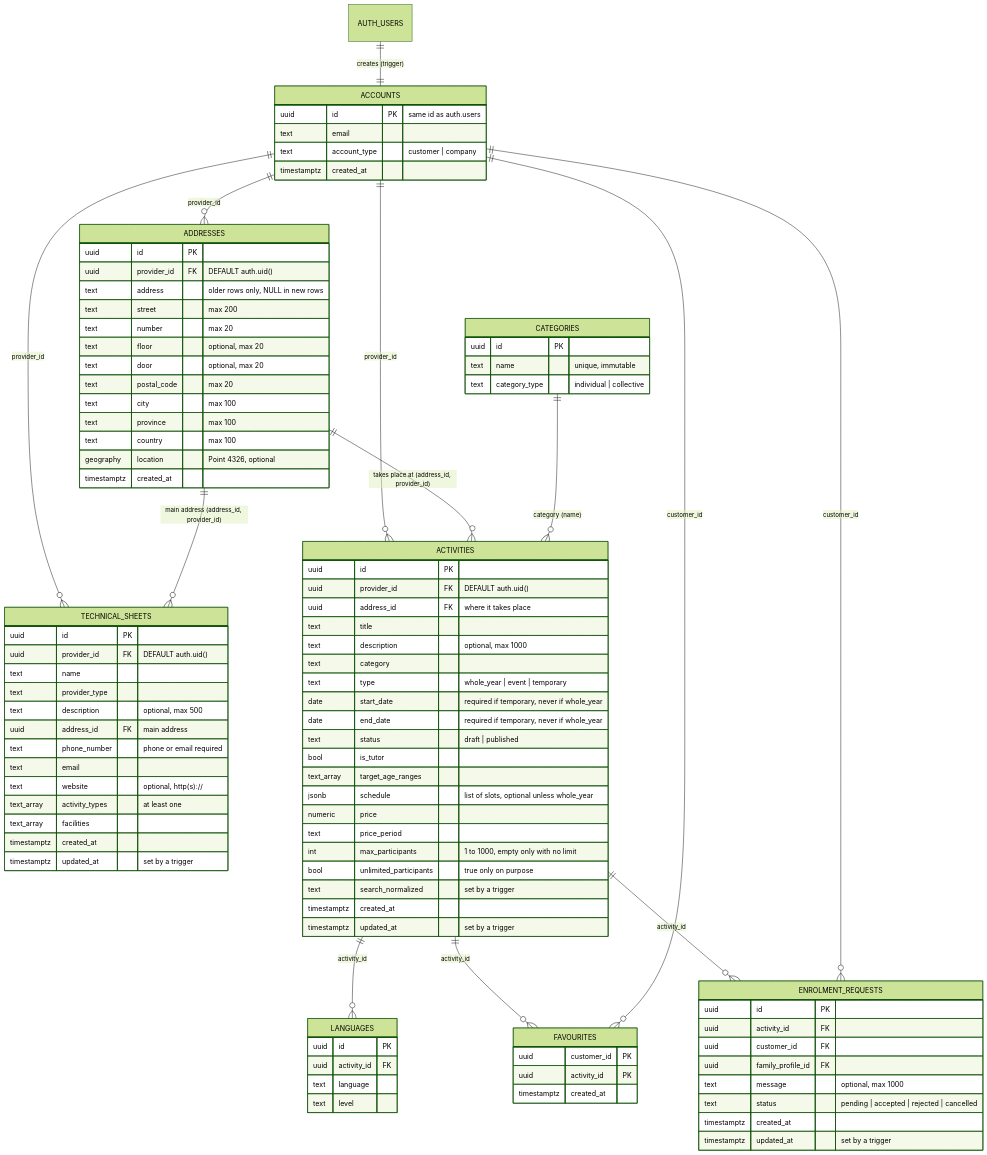
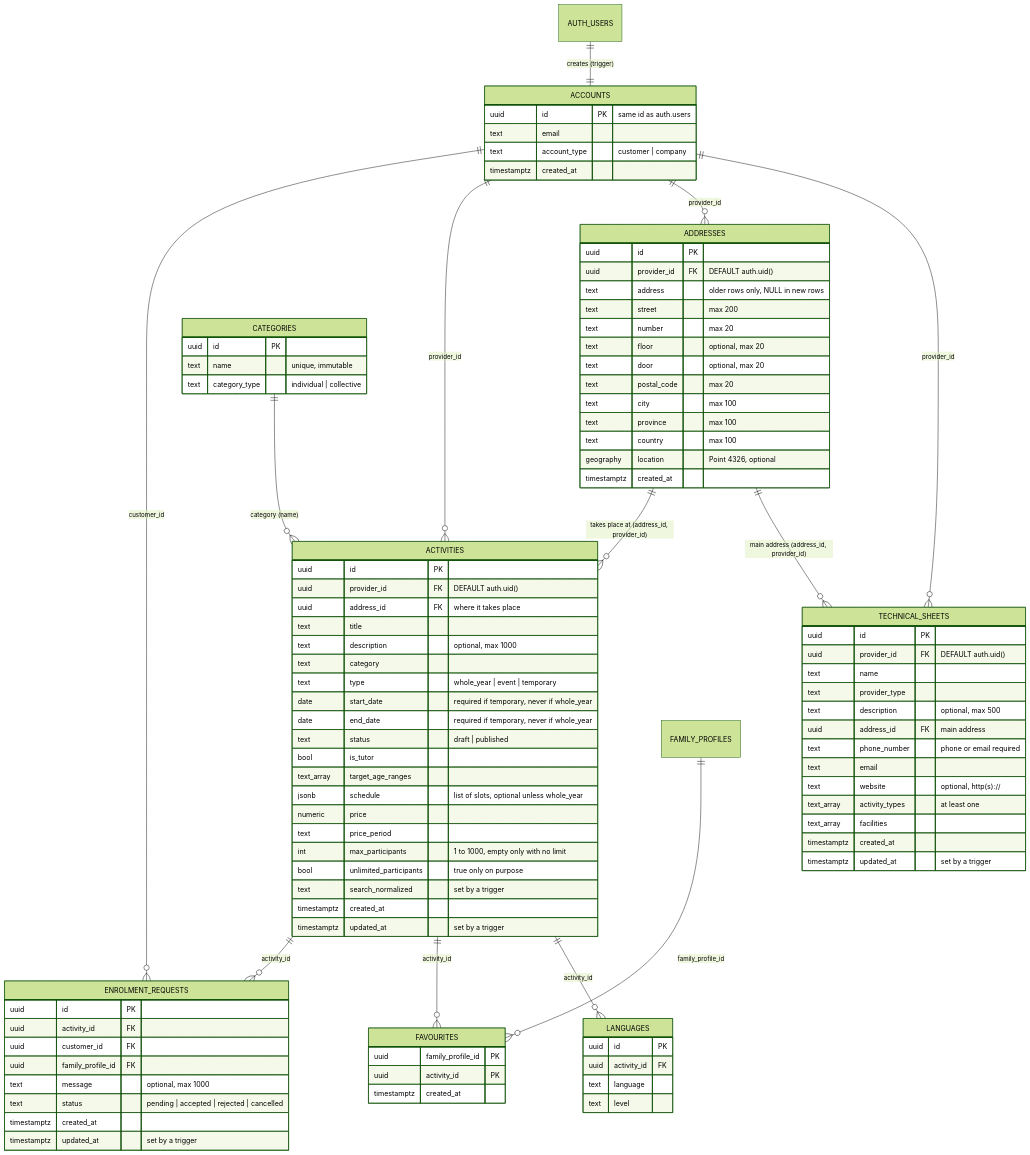
One commit to ednasolans/AfterBell changed the first of 2 diagrams in docs/decisions/database.md. Above: the diagram before and after it, drawn with Mermaid (forest theme). The commit also changed other lines of this file and 32 other files, not shown here.

First line of the commit message:
feat: save favourites per family profile (#104)

```diff
--- a/docs/decisions/database.md
+++ b/docs/decisions/database.md
@@ -33,7 +33,7 @@
     CATEGORIES ||--o{ ACTIVITIES : "category (name)"
     ACTIVITIES ||--o{ LANGUAGES : "activity_id"
     ACTIVITIES ||--o{ FAVOURITES : "activity_id"
-    ACCOUNTS ||--o{ FAVOURITES : "customer_id"
+    FAMILY_PROFILES ||--o{ FAVOURITES : "family_profile_id"
     ACTIVITIES ||--o{ ENROLMENT_REQUESTS : "activity_id"
     ACCOUNTS ||--o{ ENROLMENT_REQUESTS : "customer_id"
 
@@ -107,7 +107,7 @@
         text level
     }
     FAVOURITES {
-        uuid customer_id PK
+        uuid family_profile_id PK
         uuid activity_id PK
         timestamptz created_at
     }
```
